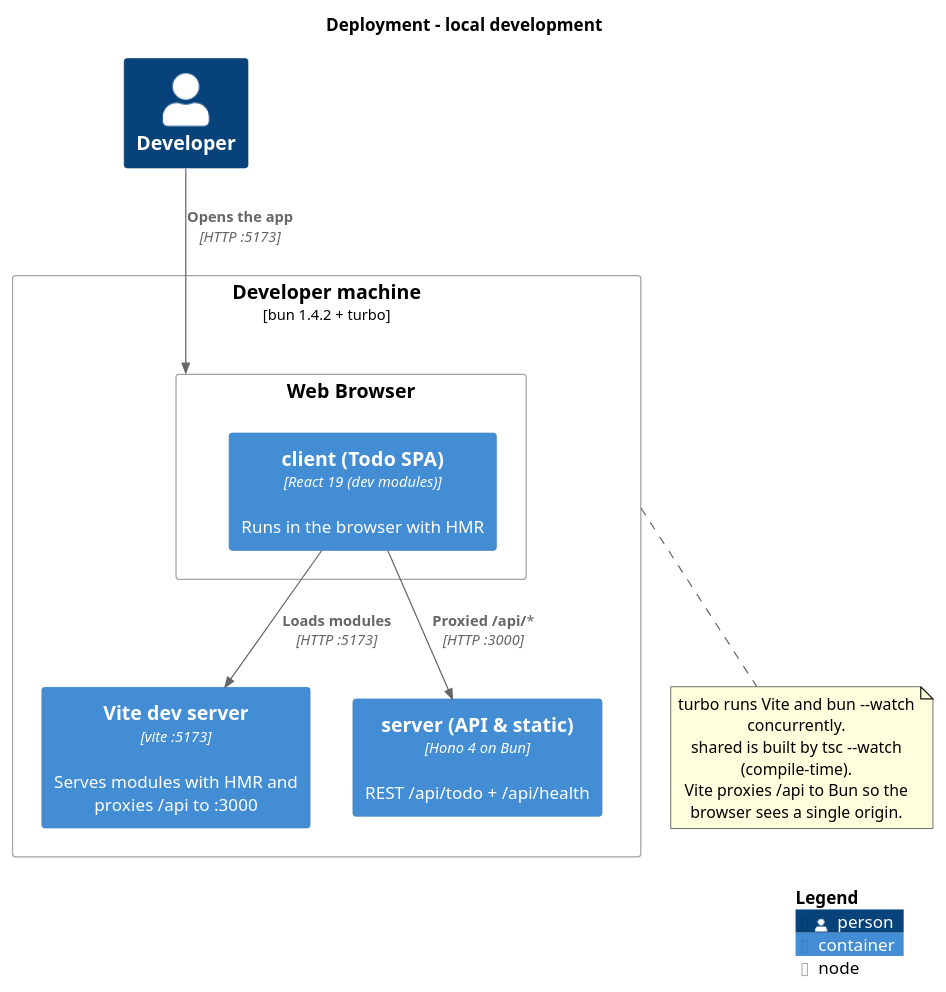
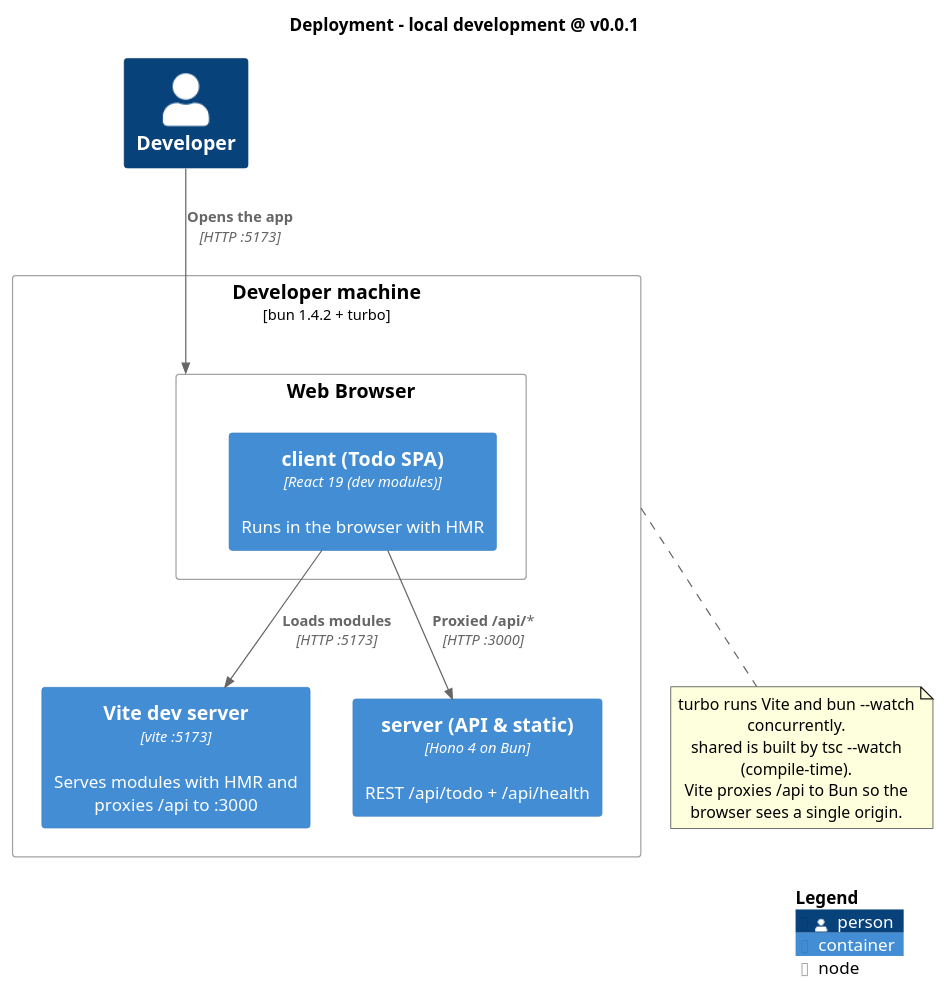
One commit to MemoryIt/todo changed the diagram in docs/architecture/diagrams/06a-deployment-local-dev.puml. Above: the diagram before and after it, drawn with PlantUML. The commit also changed 10 other files, not shown here.

Commit message:
docs(diagrams): add the v0.0.1 version anchor to diagram titles

```diff
--- a/docs/architecture/diagrams/06a-deployment-local-dev.puml
+++ b/docs/architecture/diagrams/06a-deployment-local-dev.puml
@@ -1,26 +1,26 @@
 @startuml
 !include <C4/C4_Deployment>
-title Deployment - local development
+title Deployment - local development @ v0.0.1
 
 Person(dev, "Developer")
 
 Deployment_Node(devMachine, "Developer machine", "bun 1.4.2 + turbo") {
   Deployment_Node(browser, "Web Browser") {
     Container(client, "client (Todo SPA)", "React 19 (dev modules)", "Runs in the browser with HMR")
   }
   Container(vite, "Vite dev server", "vite :5173", "Serves modules with HMR and proxies /api to :3000")
   Container(server, "server (API & static)", "Hono 4 on Bun", "REST /api/todo + /api/health")
 }
 
 Rel(dev, browser, "Opens the app", "HTTP :5173")
 Rel(client, vite, "Loads modules", "HTTP :5173")
 Rel(client, server, "Proxied /api/*", "HTTP :3000")
 
 note bottom of devMachine
   turbo runs Vite and bun --watch concurrently.
   shared is built by tsc --watch (compile-time).
   Vite proxies /api to Bun so the browser sees a single origin.
 end note
 
 SHOW_LEGEND()
 @enduml
```
